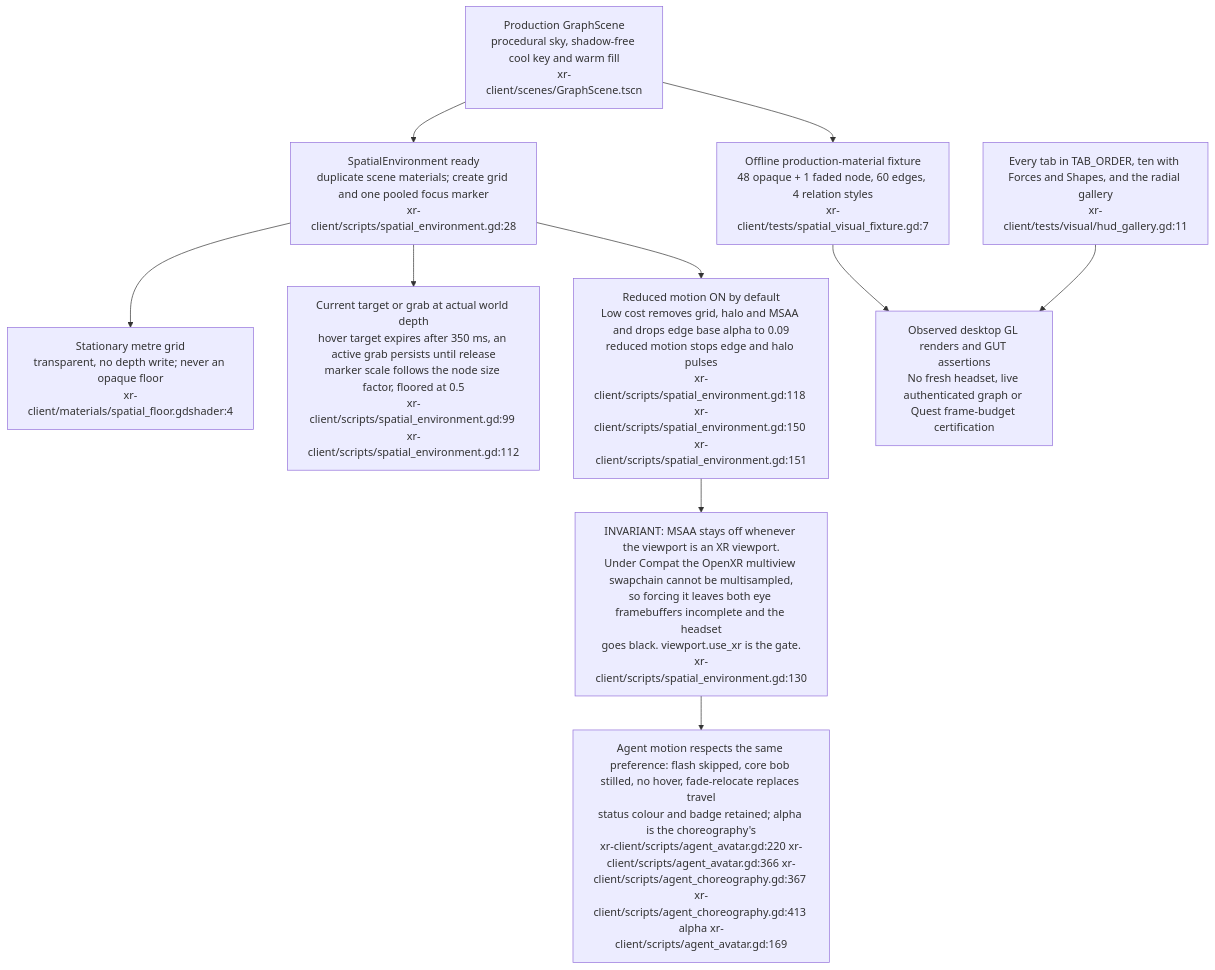
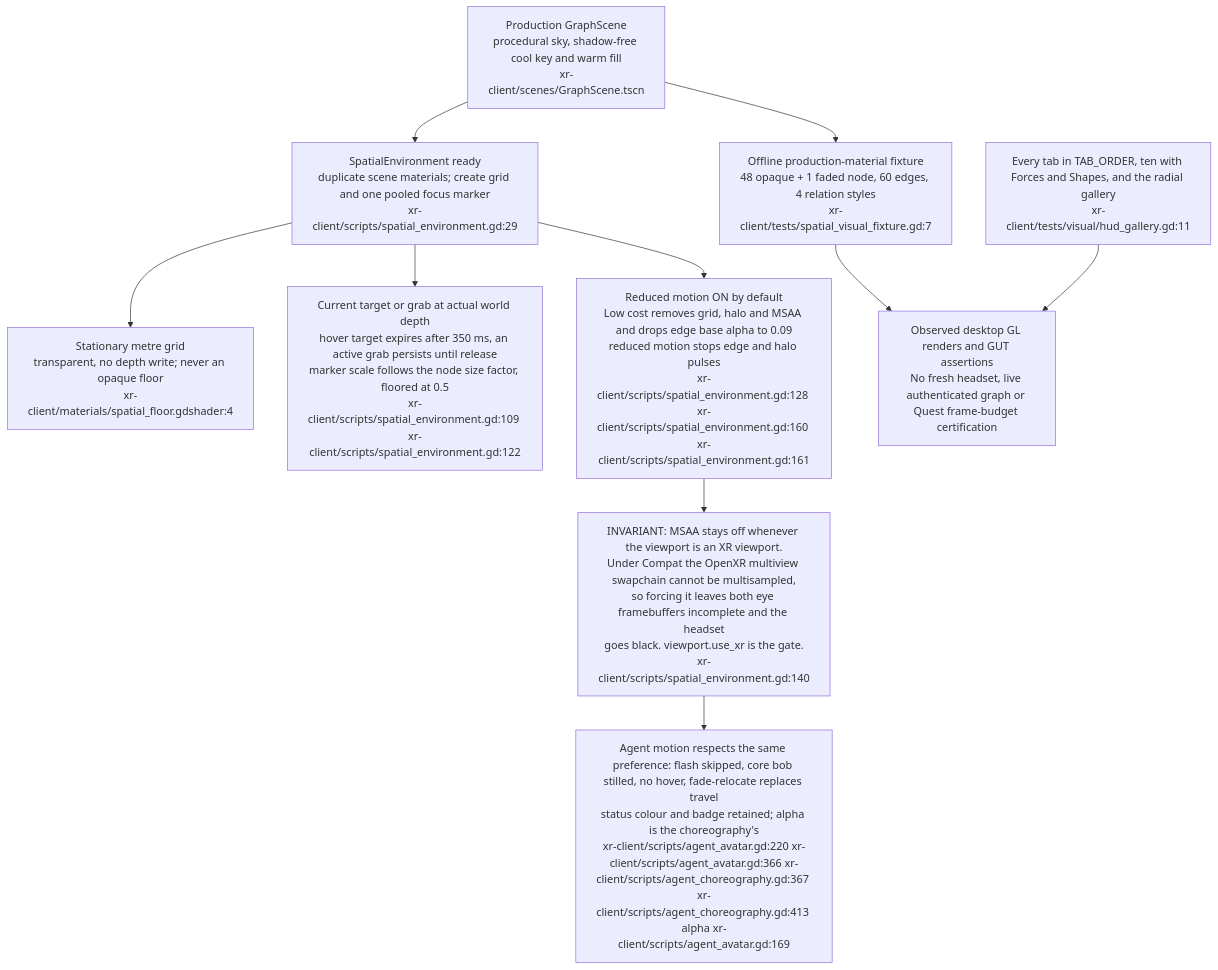
Diagram 19 of 29 in docs/diagrams/visionclaw/36-godot-xr-client.md (DreamLab-AI/VisionFlow), drawn with Mermaid before and after one commit. The commit also changed other lines of this file and 56 other files, not shown here.

First line of the commit message:
docs(diagrams): re-verify VisionClaw topics at ec785afa9, add VC-19/56/57 and the VisionClaw register

````diff
--- a/docs/diagrams/visionclaw/36-godot-xr-client.md
+++ b/docs/diagrams/visionclaw/36-godot-xr-client.md
@@ -968,22 +1014,22 @@
 ```mermaid
 flowchart TB
     Scene["Production GraphScene<br/>procedural sky, shadow-free cool key and warm fill<br/>xr-client/scenes/GraphScene.tscn"]
-    Env["SpatialEnvironment ready<br/>duplicate scene materials; create grid and one pooled focus marker<br/>xr-client/scripts/spatial_environment.gd:28"]
+    Env["SpatialEnvironment ready<br/>duplicate scene materials; create grid and one pooled focus marker<br/>xr-client/scripts/spatial_environment.gd:29"]
     Grid["Stationary metre grid<br/>transparent, no depth write; never an opaque floor<br/>xr-client/materials/spatial_floor.gdshader:4"]
-    Focus["Current target or grab at actual world depth<br/>hover target expires after 350 ms, an active grab persists until release<br/>marker scale follows the node size factor, floored at 0.5<br/>xr-client/scripts/spatial_environment.gd:99 xr-client/scripts/spatial_environment.gd:112"]
-    Comfort["Reduced motion ON by default<br/>Low cost removes grid, halo and MSAA and drops edge base alpha to 0.09<br/>reduced motion stops edge and halo pulses<br/>xr-client/scripts/spatial_environment.gd:118 xr-client/scripts/spatial_environment.gd:150 xr-client/scripts/spatial_environment.gd:151"]
-    MSAA["INVARIANT: MSAA stays off whenever the viewport is an XR viewport.<br/>Under Compat the OpenXR multiview swapchain cannot be multisampled,<br/>so forcing it leaves both eye framebuffers incomplete and the headset<br/>goes black. viewport.use_xr is the gate.<br/>xr-client/scripts/spatial_environment.gd:130"]
+    Focus["Current target or grab at actual world depth<br/>hover target expires after 350 ms, an active grab persists until release<br/>marker scale follows the node size factor, floored at 0.5<br/>xr-client/scripts/spatial_environment.gd:109 xr-client/scripts/spatial_environment.gd:122"]
+    Comfort["Reduced motion ON by default<br/>Low cost removes grid, halo and MSAA and drops edge base alpha to 0.09<br/>reduced motion stops edge and halo pulses<br/>xr-client/scripts/spatial_environment.gd:128 xr-client/scripts/spatial_environment.gd:160 xr-client/scripts/spatial_environment.gd:161"]
+    MSAA["INVARIANT: MSAA stays off whenever the viewport is an XR viewport.<br/>Under Compat the OpenXR multiview swapchain cannot be multisampled,<br/>so forcing it leaves both eye framebuffers incomplete and the headset<br/>goes black. viewport.use_xr is the gate.<br/>xr-client/scripts/spatial_environment.gd:140"]
     Agents["Agent motion respects the same preference: flash skipped, core bob stilled, no hover, fade-relocate replaces travel<br/>status colour and badge retained; alpha is the choreography's<br/>xr-client/scripts/agent_avatar.gd:220 xr-client/scripts/agent_avatar.gd:366 xr-client/scripts/agent_choreography.gd:367 xr-client/scripts/agent_choreography.gd:413 alpha xr-client/scripts/agent_avatar.gd:169"]
     Fixture["Offline production-material fixture<br/>48 opaque + 1 faded node, 60 edges, 4 relation styles<br/>xr-client/tests/spatial_visual_fixture.gd:7"]
     Gallery["Every tab in TAB_ORDER, ten with Forces and Shapes, and the radial gallery<br/>xr-client/tests/visual/hud_gallery.gd:11"]
     Limits["Observed desktop GL renders and GUT assertions<br/>No fresh headset, live authenticated graph or Quest frame-budget certification"]
     Scene --> Env
     Env --> Grid
     Env --> Focus
     Env --> Comfort
     Comfort --> MSAA
     MSAA --> Agents
     Scene --> Fixture
     Fixture --> Limits
     Gallery --> Limits
 ```
````
